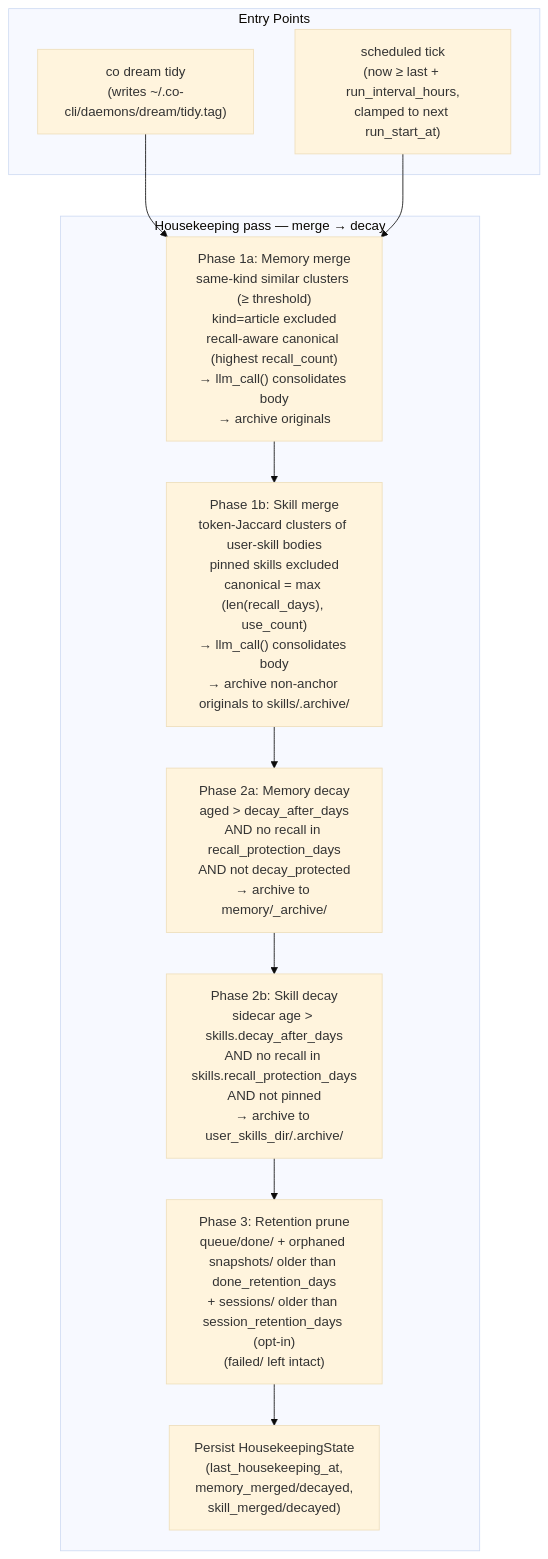
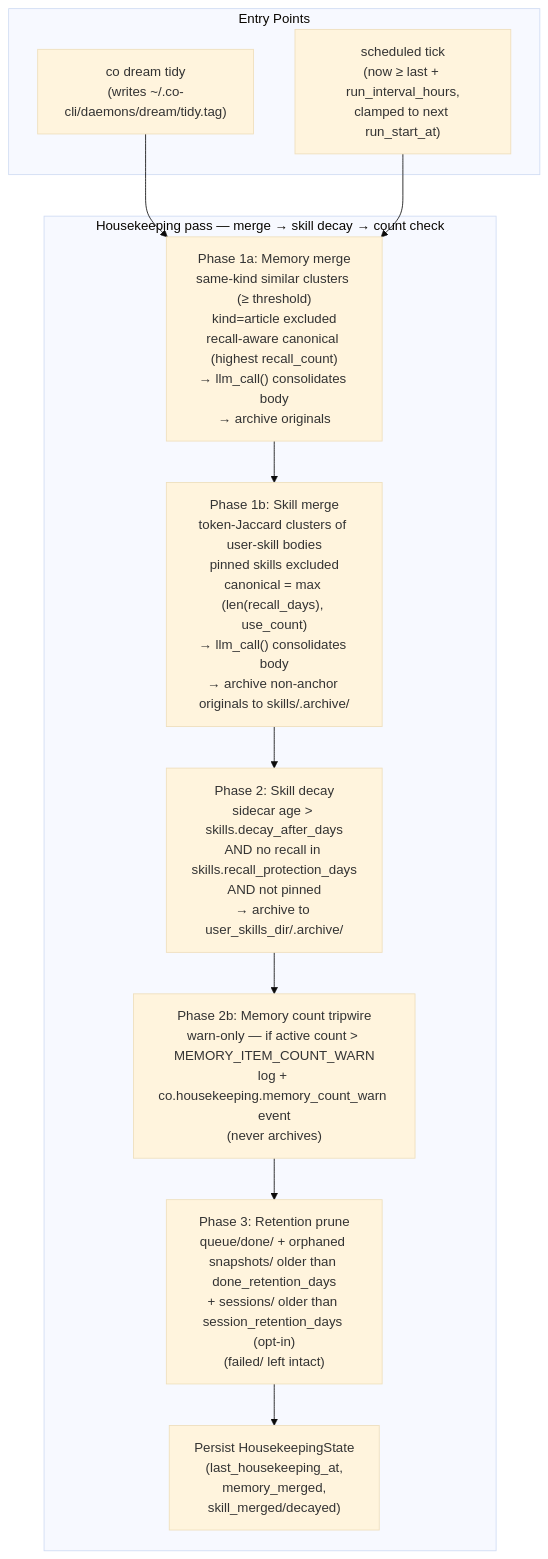
The diagram in docs/specs/dream.md (binlecode/co-cli), drawn with Mermaid (base theme) before and after one commit. The commit also changed other lines of this file and 5 other files, not shown here.

````diff
--- a/docs/specs/dream.md
+++ b/docs/specs/dream.md
@@ -291,24 +296,24 @@
 ```mermaid
 flowchart TD
     subgraph Entry["Entry Points"]
         Manual["co dream tidy\n(writes ~/.co-cli/daemons/dream/tidy.tag)"]
         Auto["scheduled tick\n(now ≥ last + run_interval_hours,\nclamped to next run_start_at)"]
     end
 
-    subgraph Pass["Housekeeping pass — merge → decay"]
+    subgraph Pass["Housekeeping pass — merge → skill decay → count check"]
         MemMerge["Phase 1a: Memory merge\nsame-kind similar clusters (≥ threshold)\nkind=article excluded\nrecall-aware canonical (highest recall_count)\n→ llm_call() consolidates body\n→ archive originals"]
         SkillMerge["Phase 1b: Skill merge\ntoken-Jaccard clusters of user-skill bodies\npinned skills excluded\ncanonical = max (len(recall_days), use_count)\n→ llm_call() consolidates body\n→ archive non-anchor originals to skills/.archive/"]
-        MemDecay["Phase 2a: Memory decay\naged > decay_after_days\nAND no recall in recall_protection_days\nAND not decay_protected\n→ archive to memory/_archive/"]
-        SkillDecay["Phase 2b: Skill decay\nsidecar age > skills.decay_after_days\nAND no recall in skills.recall_protection_days\nAND not pinned\n→ archive to user_skills_dir/.archive/"]
+        SkillDecay["Phase 2: Skill decay\nsidecar age > skills.decay_after_days\nAND no recall in skills.recall_protection_days\nAND not pinned\n→ archive to user_skills_dir/.archive/"]
+        CountCheck["Phase 2b: Memory count tripwire\nwarn-only — if active count > MEMORY_ITEM_COUNT_WARN\nlog + co.housekeeping.memory_count_warn event\n(never archives)"]
         Prune["Phase 3: Retention prune\nqueue/done/ + orphaned snapshots/ older than done_retention_days\n+ sessions/ older than session_retention_days (opt-in)\n(failed/ left intact)"]
-        State["Persist HousekeepingState\n(last_housekeeping_at,\n memory_merged/decayed,\n skill_merged/decayed)"]
+        State["Persist HousekeepingState\n(last_housekeeping_at,\n memory_merged,\n skill_merged/decayed)"]
     end
 
     Manual --> MemMerge
     Auto --> MemMerge
     MemMerge --> SkillMerge
-    SkillMerge --> MemDecay
-    MemDecay --> SkillDecay
-    SkillDecay --> Prune
+    SkillMerge --> SkillDecay
+    SkillDecay --> CountCheck
+    CountCheck --> Prune
     Prune --> State
 ```
````
